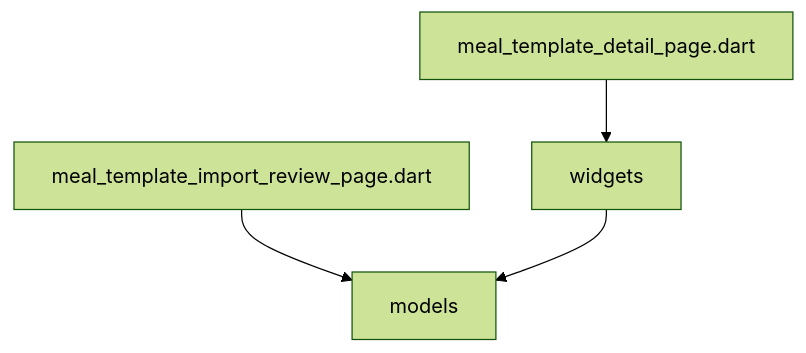
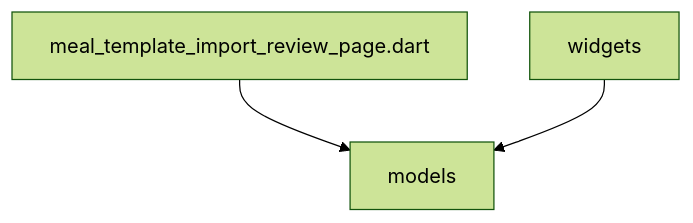
One commit to repinw/yamt changed the diagram in lib/features/meal_templates/presentation/DEPS.md. Above: the diagram before and after it, drawn with Mermaid (forest theme). The commit also changed 31 other files, not shown here.

````diff
--- a/lib/features/meal_templates/presentation/DEPS.md
+++ b/lib/features/meal_templates/presentation/DEPS.md
@@ -6,6 +6,5 @@
 ```mermaid
 flowchart TD;
-meal_template_detail_page.dart-->widgets;
 meal_template_import_review_page.dart-->models;
 widgets-->models;
 ```
````
